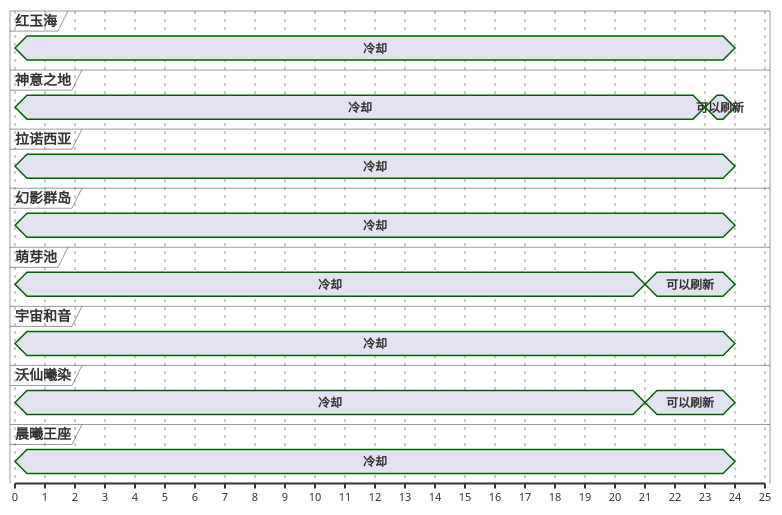
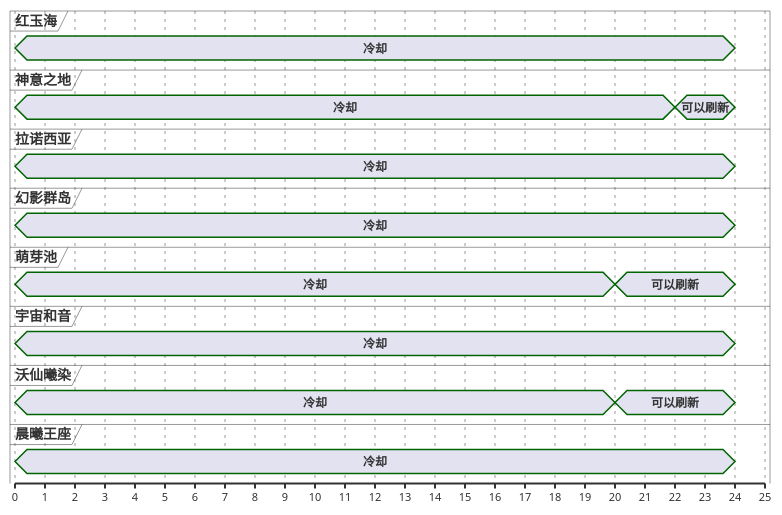
The first of 13 diagrams in ffxiv/hunt/2.0/Bonnacon.md (Eroleice/doc-pi), drawn with PlantUML before and after one commit. The commit also changed other lines of this file and 38 other files, not shown here.

````diff
--- a/ffxiv/hunt/2.0/Bonnacon.md
+++ b/ffxiv/hunt/2.0/Bonnacon.md
@@ -33,50 +33,50 @@
 ```plantuml
 @startuml
 scale 1 as 30 pixels
 
 concise 红玉海
 concise 神意之地
 concise 拉诺西亚
 concise 幻影群岛
 concise 萌芽池
 concise 宇宙和音
 concise 沃仙曦染
 concise 晨曦王座
 
 @萌芽池
 0 is 冷却
-21 is 可以刷新
+20 is 可以刷新
 24 is {hidden}
 
 @沃仙曦染
 0 is 冷却
-21 is 可以刷新
+20 is 可以刷新
 24 is {hidden}
 
 @宇宙和音
 0 is 冷却
 24 is {hidden}
 
 @红玉海
 0 is 冷却
 24 is {hidden}
 
 @拉诺西亚
 0 is 冷却
 24 is {hidden}
 
 @幻影群岛
 0 is 冷却
 24 is {hidden}
 
 @神意之地
 0 is 冷却
-23 is 可以刷新
+22 is 可以刷新
 24 is {hidden}
 
 @晨曦王座
 0 is 冷却
 24 is {hidden}
 
 @enduml
 ```
````
